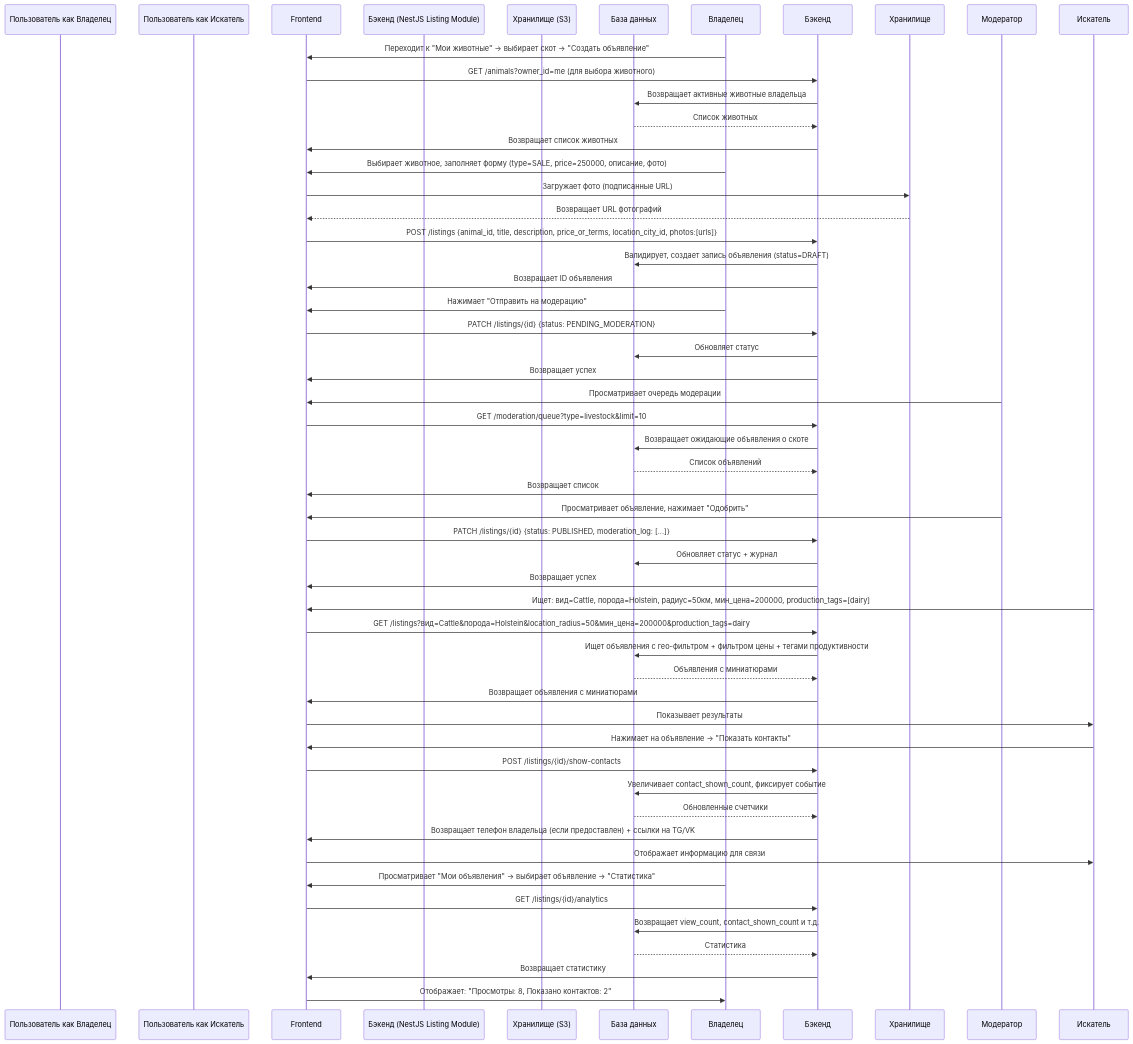
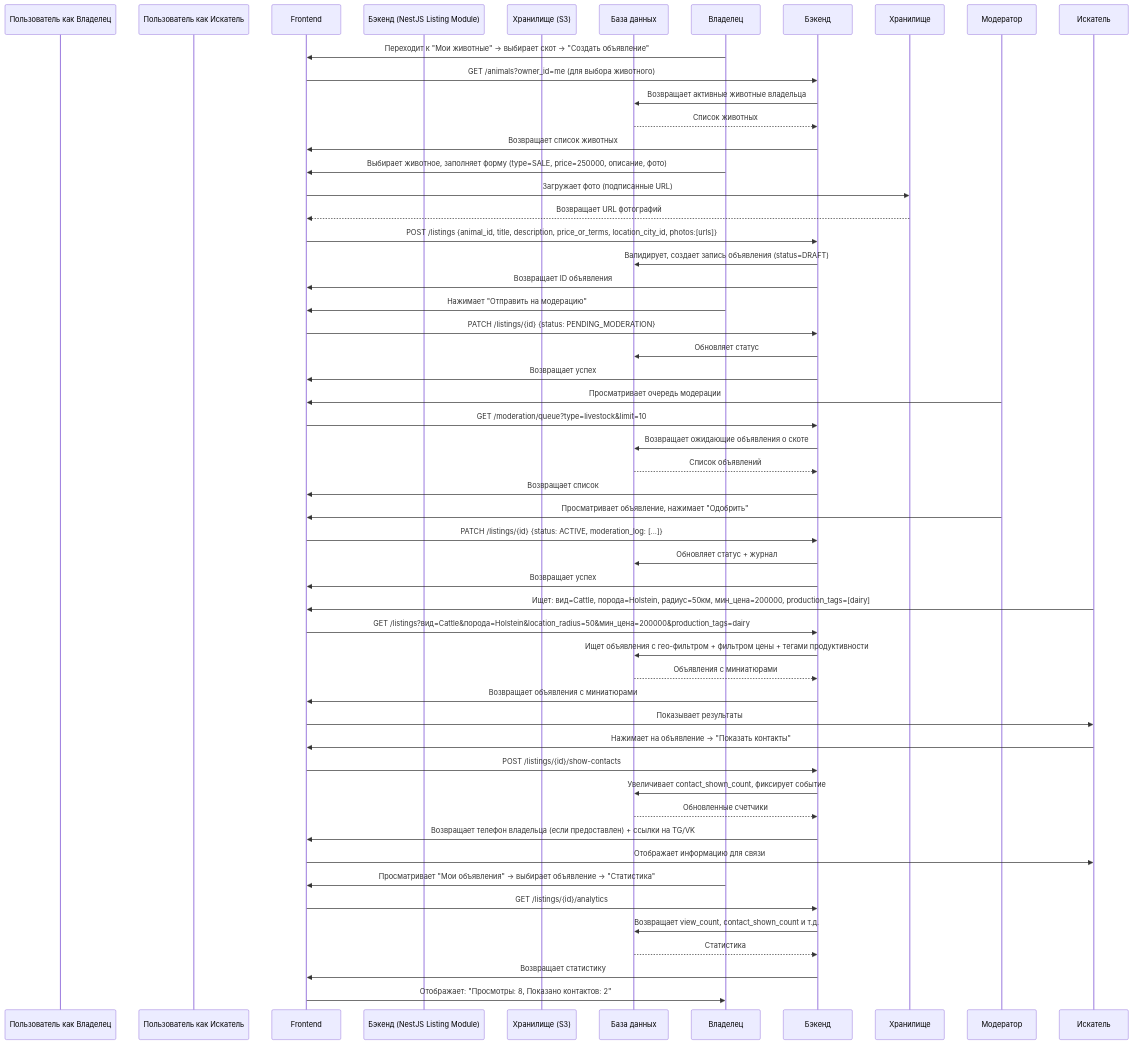
The diagram in docsRU/02-requirements/business-requirements/livestock-marketplace.md (Aleksandr-Sulimenko/ZooLink), drawn with Mermaid before and after one commit. The commit also changed other lines of this file and 16 other files, not shown here.

````diff
--- a/docsRU/02-requirements/business-requirements/livestock-marketplace.md
+++ b/docsRU/02-requirements/business-requirements/livestock-marketplace.md
@@ -201,63 +202,63 @@
 ```mermaid
 sequenceDiagram
  participant Пользователь как Владелец
  participant Пользователь как Искатель
  participant Frontend
  participant Бэкенд (NestJS Listing Module)
  participant Хранилище (S3)
  participant База данных
 
  %% Владелец создает объявление
  Владелец->>Frontend: Переходит к "Мои животные" -> выбирает скот -> "Создать объявление"
  Frontend->>Бэкенд: GET /animals?owner_id=me (для выбора животного)
  Бэкенд->>База данных: Возвращает активные животные владельца
  База данных-->>Бэкенд: Список животных
  Бэкенд->>Frontend: Возвращает список животных
 
  Владелец->>Frontend: Выбирает животное, заполняет форму (type=SALE, price=250000, описание, фото)
  Frontend->>Хранилище: Загружает фото (подписанные URL)
  Хранилище-->>Frontend: Возвращает URL фотографий
  Frontend->>Бэкенд: POST /listings {animal_id, title, description, price_or_terms, location_city_id, photos:[urls]}
  Бэкенд->>База данных: Валидирует, создает запись объявления (status=DRAFT)
  Бэкенд->>Frontend: Возвращает ID объявления
 
  Владелец->>Frontend: Нажимает "Отправить на модерацию"
  Frontend->>Бэкенд: PATCH /listings/{id} {status: PENDING_MODERATION}
  Бэкенд->>База данных: Обновляет статус
  Бэкенд->>Frontend: Возвращает успех
 
  %% Модерация (упрощенно)
  Модератор->>Frontend: Просматривает очередь модерации
  Frontend->>Бэкенд: GET /moderation/queue?type=livestock&limit=10
  Бэкенд->>База данных: Возвращает ожидающие объявления о скоте
  База данных-->>Бэкенд: Список объявлений
  Бэкенд->>Frontend: Возвращает список
 
  Модератор->>Frontend: Просматривает объявление, нажимает "Одобрить"
- Frontend->>Бэкенд: PATCH /listings/{id} {status: PUBLISHED, moderation_log: [...]}
+ Frontend->>Бэкенд: PATCH /listings/{id} {status: ACTIVE, moderation_log: [...]}
  Бэкенд->>База данных: Обновляет статус + журнал
  Бэкенд->>Frontend: Возвращает успех
 
  %% Искатель находит объявление
  Искатель->>Frontend: Ищет: вид=Cattle, порода=Holstein, радиус=50км, мин_цена=200000, production_tags=[dairy]
  Frontend->>Бэкенд: GET /listings?вид=Cattle&порода=Holstein&location_radius=50&мин_цена=200000&production_tags=dairy
  Бэкенд->>База данных: Ищет объявления с гео-фильтром + фильтром цены + тегами продуктивности
  База данных-->>Бэкенд: Объявления с миниатюрами
  Бэкенд->>Frontend: Возвращает объявления с миниатюрами
  Frontend->>Искатель: Показывает результаты
 
  Искатель->>Frontend: Нажимает на объявление -> "Показать контакты"
  Frontend->>Бэкенд: POST /listings/{id}/show-contacts
  Бэкенд->>База данных: Увеличивает contact_shown_count, фиксирует событие
  База данных-->>Бэкенд: Обновленные счетчики
  Бэкенд->>Frontend: Возвращает телефон владельца (если предоставлен) + ссылки на TG/VK
  Frontend->>Искатель: Отображает информацию для связи
 
  %% Владелец видит аналитику
  Владелец->>Frontend: Просматривает "Мои объявления" -> выбирает объявление -> "Статистика"
  Frontend->>Бэкенд: GET /listings/{id}/analytics
  Бэкенд->>База данных: Возвращает view_count, contact_shown_count и т.д.
  База данных-->>Бэкенд: Статистика
  Бэкенд->>Frontend: Возвращает статистику
  Frontend->>Владелец: Отображает: "Просмотры: 8, Показано контактов: 2"
 ```
````
